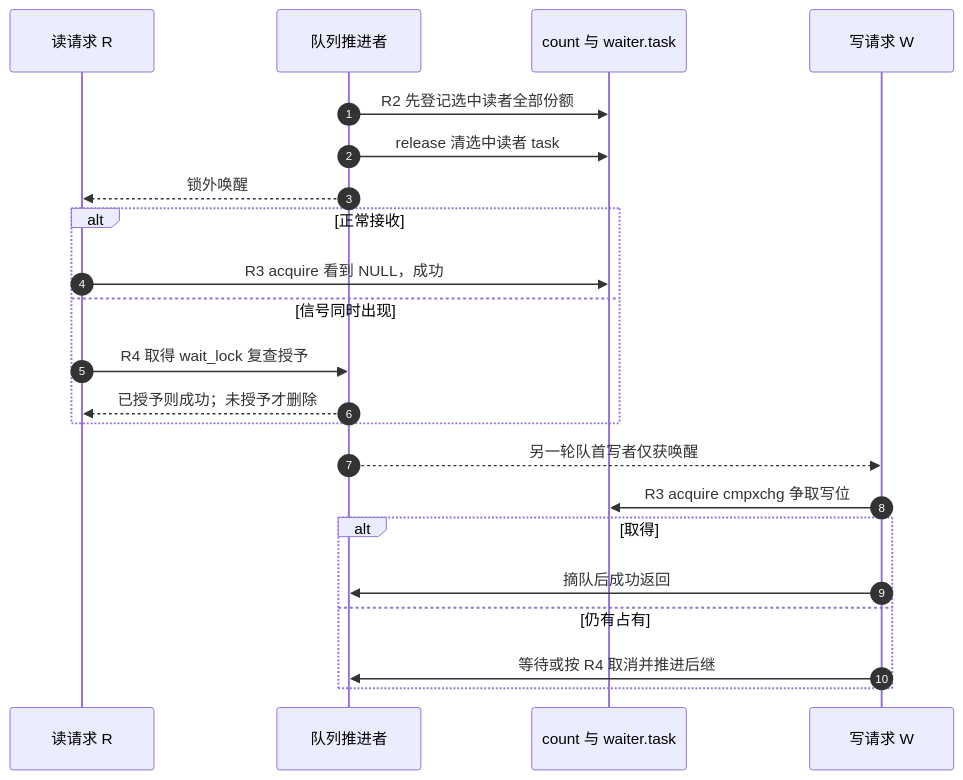
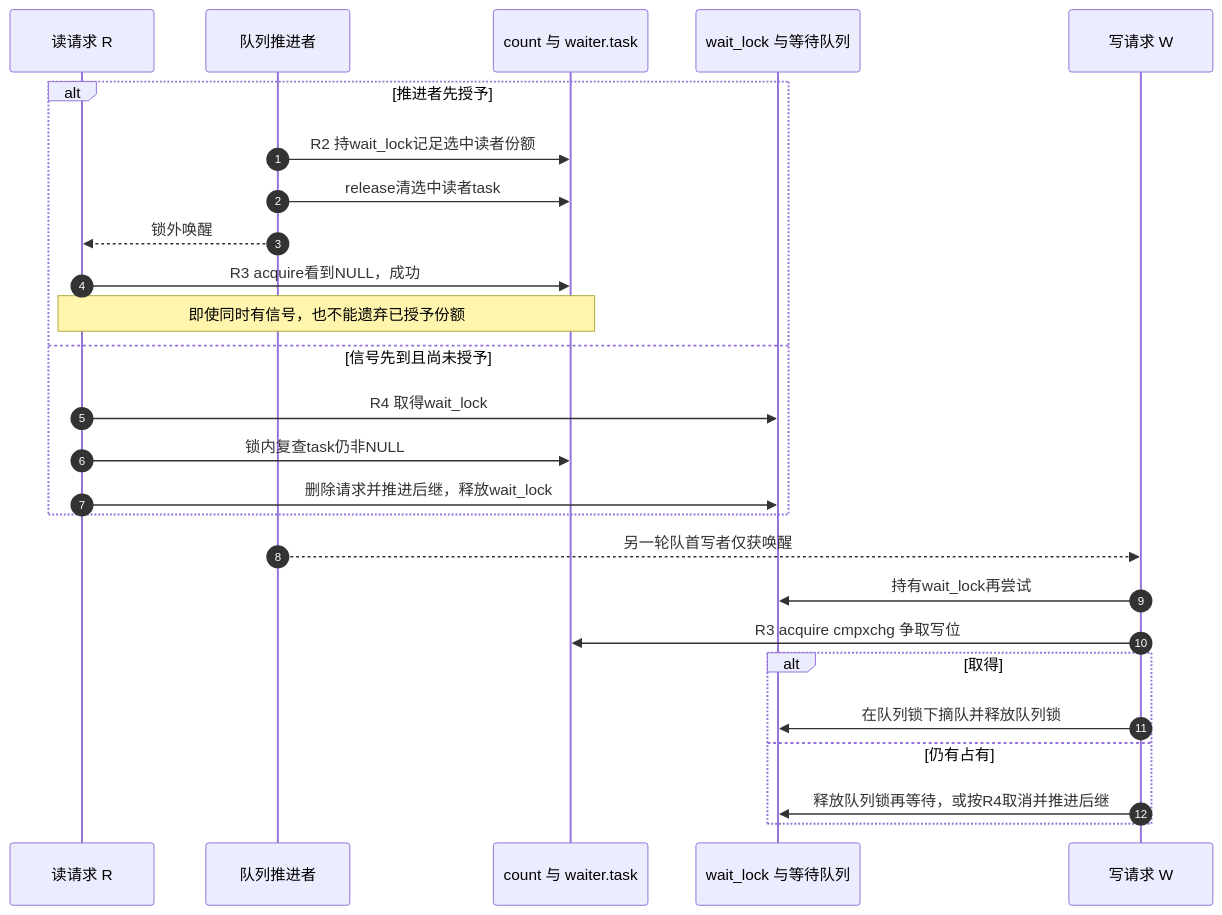
Before and after one commit to FormingSystem/linux_note: the third of 3 diagrams in research/source_reading/locking/navigation/P03_Linux_6.12_mutex与rwsem模块源码概念导读.md, drawn with Mermaid. The commit also changed other lines of this file and 1 other file, not shown here.

````diff
--- a/research/source_reading/locking/navigation/P03_Linux_6.12_mutex与rwsem模块源码概念导读.md
+++ b/research/source_reading/locking/navigation/P03_Linux_6.12_mutex与rwsem模块源码概念导读.md
@@ -111,24 +123,28 @@
 ```mermaid
 sequenceDiagram
     autonumber
     participant R as 读请求 R
     participant G as 队列推进者
     participant C as count 与 waiter.task
+    participant L as wait_lock 与等待队列
     participant W as 写请求 W
-    G->>C: R2 先登记选中读者全部份额
-    G->>C: release 清选中读者 task
-    G-->>R: 锁外唤醒
-    alt 正常接收
-        R->>C: R3 acquire 看到 NULL，成功
-    else 信号同时出现
-        R->>G: R4 取得 wait_lock 复查授予
-        G-->>R: 已授予则成功；未授予才删除
+    alt 推进者先授予
+        G->>C: R2 持wait_lock记足选中读者份额
+        G->>C: release清选中读者task
+        G-->>R: 锁外唤醒
+        R->>C: R3 acquire看到NULL，成功
+        Note over R,C: 即使同时有信号，也不能遗弃已授予份额
+    else 信号先到且尚未授予
+        R->>L: R4 取得wait_lock
+        R->>C: 锁内复查task仍非NULL
+        R->>L: 删除请求并推进后继，释放wait_lock
     end
     G-->>W: 另一轮队首写者仅获唤醒
+    W->>L: 持有wait_lock再尝试
     W->>C: R3 acquire cmpxchg 争取写位
     alt 取得
-        W->>G: 摘队后成功返回
+        W->>L: 在队列锁下摘队并释放队列锁
     else 仍有占有
-        W->>G: 等待或按 R4 取消并推进后继
+        W->>L: 释放队列锁再等待，或按R4取消并推进后继
     end
 ```
````
